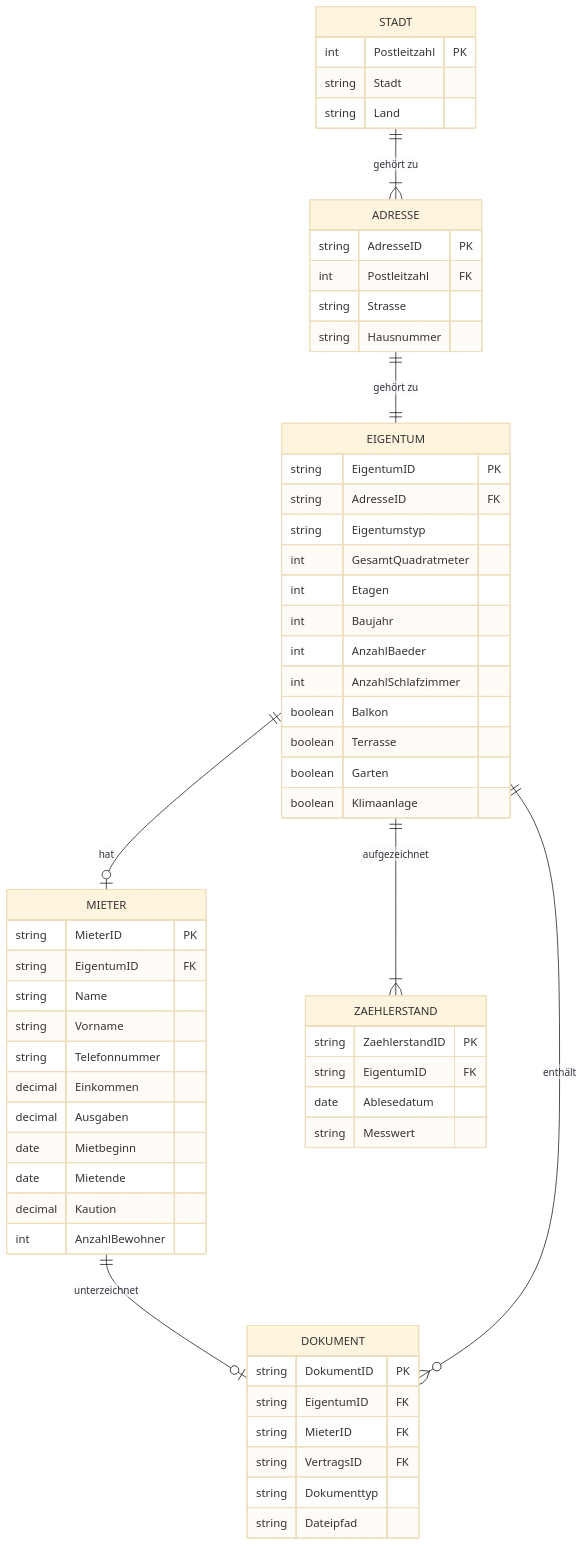
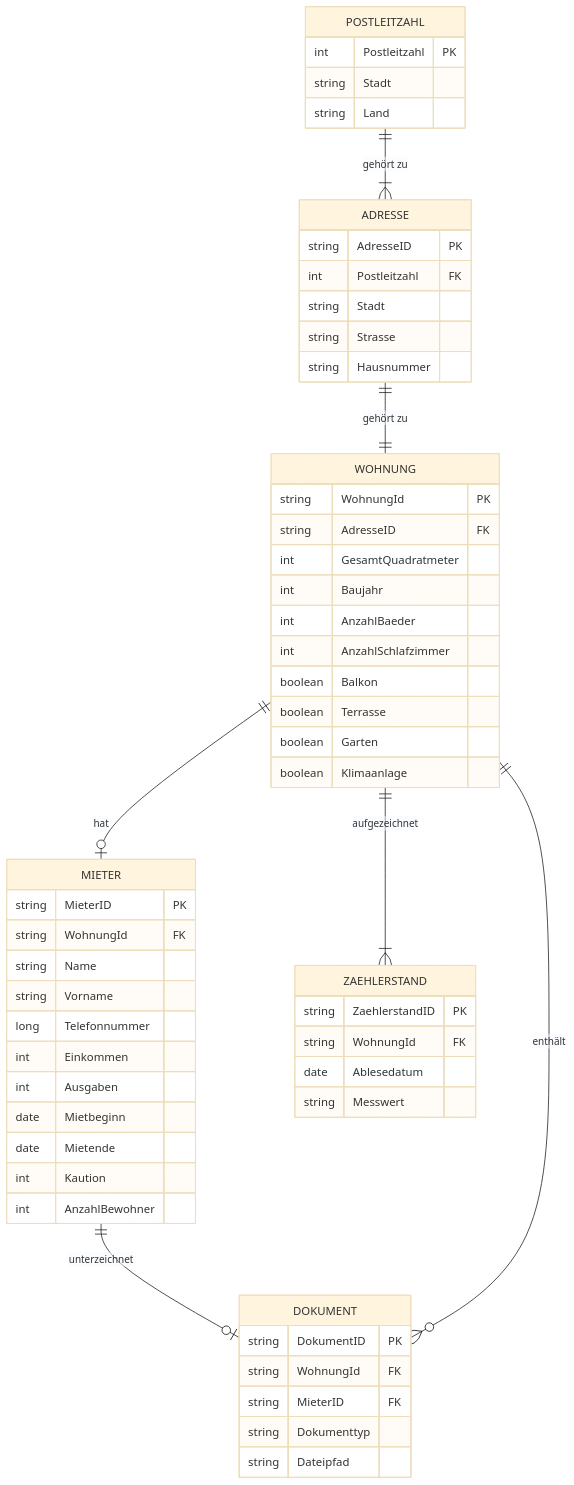
The diagram in README.md (dav354/immobilienverwaltung), drawn with Mermaid (base theme) before and after one commit.

Commit message:
change mermaid to db values

````diff
--- a/README.md
+++ b/README.md
@@ -224,61 +224,59 @@
 ```mermaid
 erDiagram
-    ADRESSE ||--|| EIGENTUM : "gehört zu"
+    ADRESSE ||--|| WOHNUNG : "gehört zu"
     ADRESSE {
         string AdresseID PK
         int Postleitzahl FK
+        string Stadt
         string Strasse
         string Hausnummer
     }
-    STADT ||--|{ ADRESSE : "gehört zu"
-    STADT {
+    POSTLEITZAHL ||--|{ ADRESSE : "gehört zu"
+    POSTLEITZAHL {
         int Postleitzahl PK
         string Stadt
         string Land
     }
-    EIGENTUM ||--o| MIETER : "hat"
-    EIGENTUM {
-        string EigentumID PK
+    WOHNUNG ||--o| MIETER : "hat"
+    WOHNUNG {
+        string WohnungId PK
         string AdresseID FK
-        string Eigentumstyp
         int GesamtQuadratmeter
-        int Etagen
         int Baujahr
         int AnzahlBaeder
         int AnzahlSchlafzimmer
         boolean Balkon
         boolean Terrasse
         boolean Garten
         boolean Klimaanlage
     }
     MIETER ||--o| DOKUMENT : "unterzeichnet"
     MIETER {
         string MieterID PK
-        string EigentumID FK
+        string WohnungId FK
         string Name
         string Vorname
-        string Telefonnummer
-        decimal Einkommen
-        decimal Ausgaben
+        long Telefonnummer
+        int Einkommen
+        int Ausgaben
         date Mietbeginn
         date Mietende
-        decimal Kaution
+        int Kaution
         int AnzahlBewohner
     }
-    EIGENTUM ||--o{ DOKUMENT : "enthält"
+    WOHNUNG ||--o{ DOKUMENT : "enthält"
     DOKUMENT {
         string DokumentID PK
-        string EigentumID FK
+        string WohnungId FK
         string MieterID FK
-        string VertragsID FK
         string Dokumenttyp
         string Dateipfad
     }
-    EIGENTUM ||--|{ ZAEHLERSTAND : "aufgezeichnet"
+    WOHNUNG ||--|{ ZAEHLERSTAND : "aufgezeichnet"
     ZAEHLERSTAND {
         string ZaehlerstandID PK
-        string EigentumID FK
+        string WohnungId FK
         date Ablesedatum
         string Messwert
     }
 ```
````
